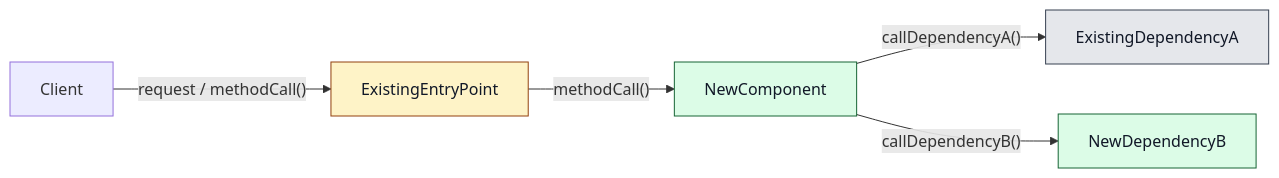
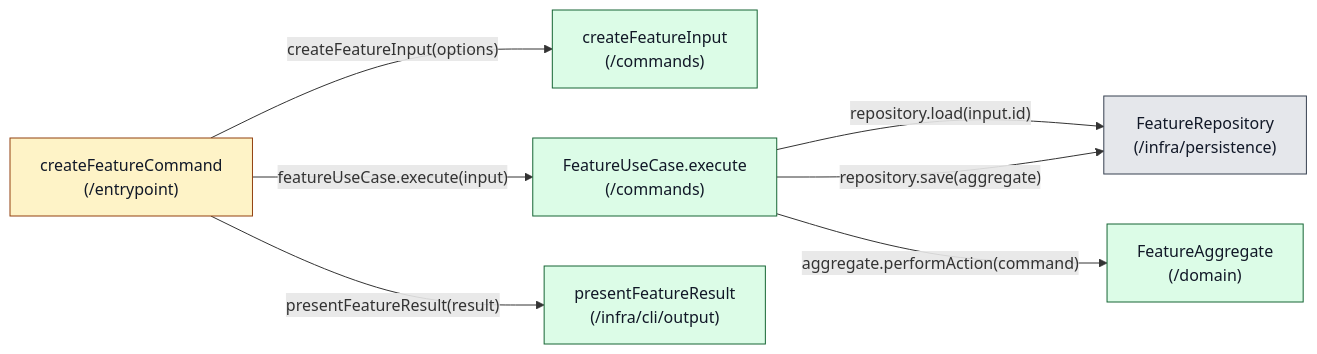
Before and after one commit to NTCoding/living-architecture: the diagram in tools/dev-workflow-v2/planning-stages/architecture-drafting.md, drawn with Mermaid. The commit also changed other lines of this file and 5 other files, not shown here.

````diff
--- a/tools/dev-workflow-v2/planning-stages/architecture-drafting.md
+++ b/tools/dev-workflow-v2/planning-stages/architecture-drafting.md
@@ -406,22 +412,25 @@
 ```mermaid
 flowchart LR
-  client["Client"]
-  existingEntryPoint["ExistingEntryPoint"]
-  newComponent["NewComponent"]
-  existingDependencyA["ExistingDependencyA"]
-  newDependencyB["NewDependencyB"]
+  entrypoint["createFeatureCommand<br/>(/entrypoint)"]
+  inputFactory["createFeatureInput<br/>(/commands)"]
+  usecase["FeatureUseCase.execute<br/>(/commands)"]
+  repository["FeatureRepository<br/>(/infra/persistence)"]
+  aggregate["FeatureAggregate<br/>(/domain)"]
+  presenter["presentFeatureResult<br/>(/infra/cli/output)"]
 
-  client -->|"request / methodCall()"| existingEntryPoint
-  existingEntryPoint -->|"methodCall()"| newComponent
-  newComponent -->|"callDependencyA()"| existingDependencyA
-  newComponent -->|"callDependencyB()"| newDependencyB
+  entrypoint -->|"createFeatureInput(options)"| inputFactory
+  entrypoint -->|"featureUseCase.execute(input)"| usecase
+  entrypoint -->|"presentFeatureResult(result)"| presenter
+  usecase -->|"repository.load(input.id)"| repository
+  usecase -->|"aggregate.performAction(command)"| aggregate
+  usecase -->|"repository.save(aggregate)"| repository
 
   classDef existing fill:#e5e7eb,stroke:#374151,color:#111827
   classDef changed fill:#fef3c7,stroke:#92400e,color:#111827
   classDef new fill:#dcfce7,stroke:#166534,color:#111827
   classDef unclear fill:#fee2e2,stroke:#991b1b,color:#111827
 
-  class existingDependencyA existing
-  class existingEntryPoint changed
-  class newComponent,newDependencyB new
+  class repository existing
+  class entrypoint changed
+  class inputFactory,usecase,aggregate,presenter new
 ```
````
